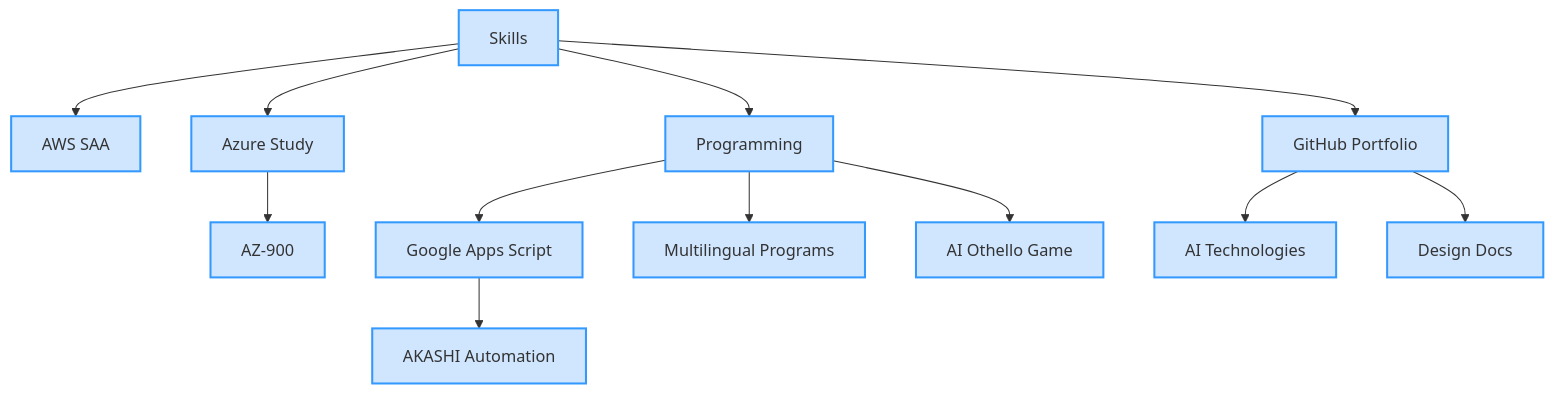
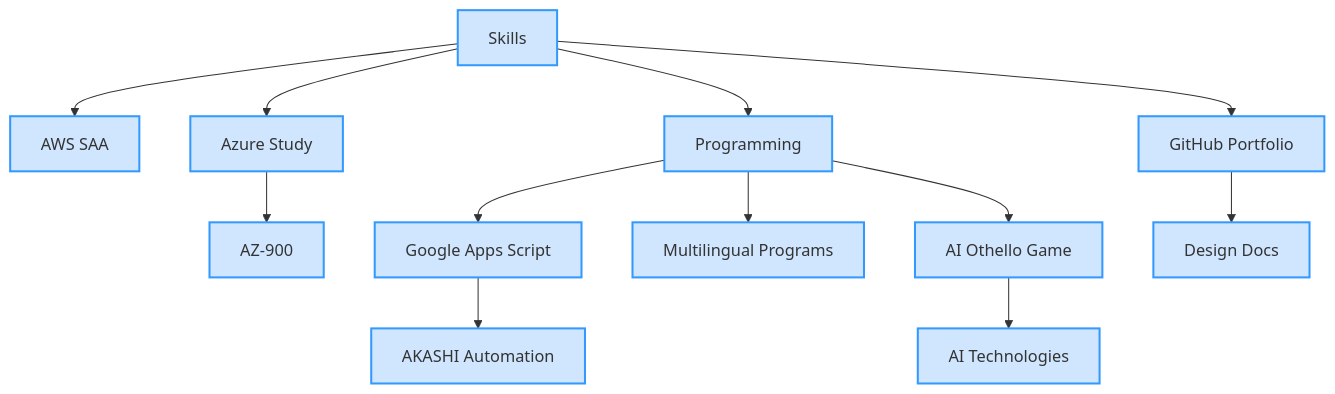
One commit to takeshiyoshida76-cell/takeshiyoshida76 changed the first of 3 diagrams in README.md. Above: the diagram before and after it, drawn with Mermaid. The commit also changed other lines of this file, not shown here.

````diff
--- a/README.md
+++ b/README.md
@@ -19,15 +38,15 @@
 ```mermaid
 graph TD
     classDef skill fill:#d0e6ff,stroke:#3399ff,stroke-width:2px;
     B[Skills]:::skill --> B1[AWS SAA]:::skill
     B --> B2[Azure Study]:::skill
     B --> B3[Programming]:::skill
     B --> B4[GitHub Portfolio]:::skill
     B2 --> B2a[AZ-900]:::skill
     B3 --> B3a[Google Apps Script]:::skill
     B3a --> B3a1[AKASHI Automation]:::skill
     B3 --> B3b[Multilingual Programs]:::skill
     B3 --> B3c[AI Othello Game]:::skill
-    B4 --> B4a[AI Technologies]:::skill
-    B4 --> B4b[Design Docs]:::skill
+    B3c --> B3c1[AI Technologies]:::skill
+    B4 --> B4a[Design Docs]:::skill
 ```
````
